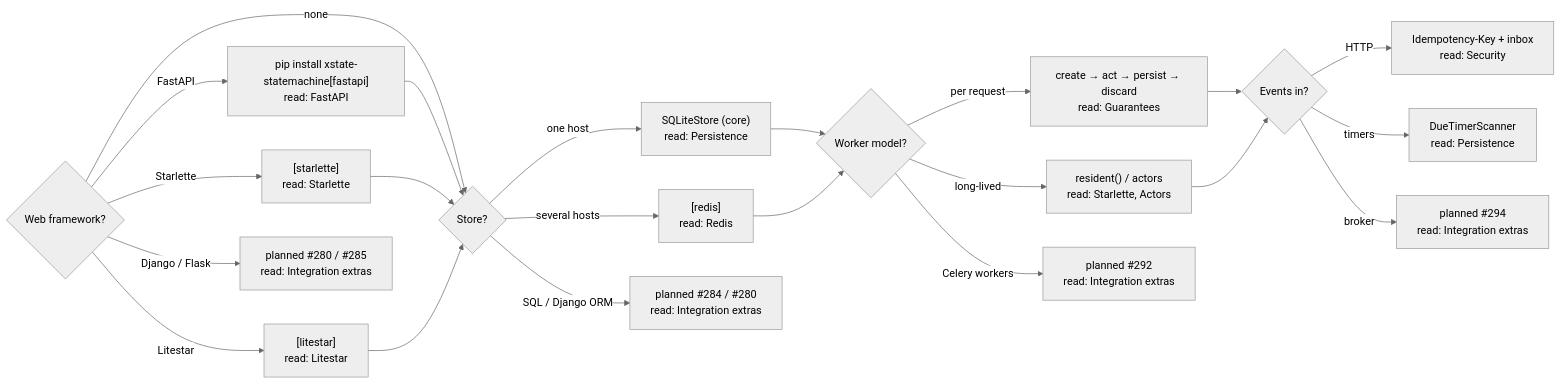
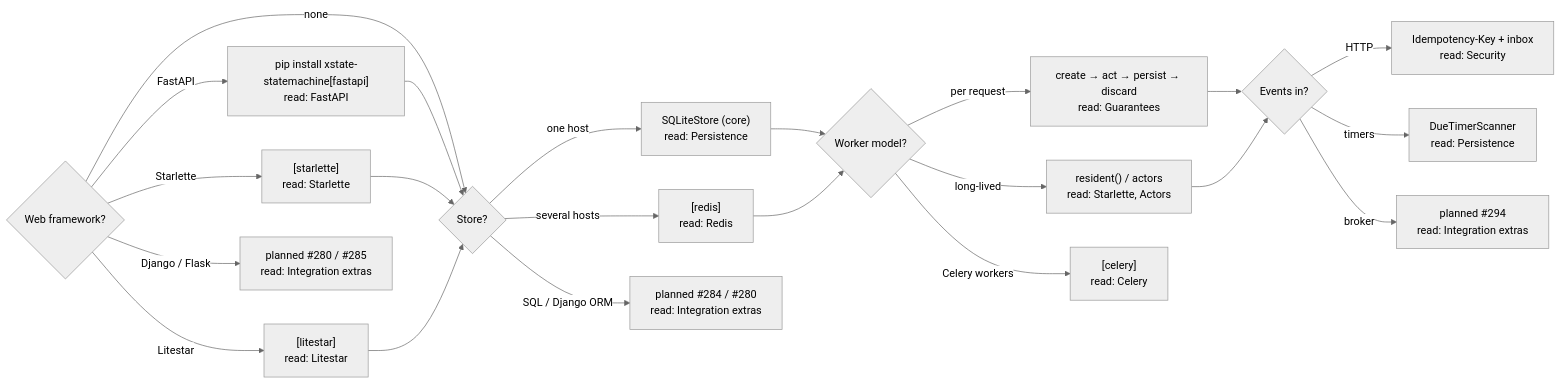
One commit to basiltt/xstate-statemachine changed the diagram in docs/_guide/integrations.md. Above: the diagram before and after it, drawn with Mermaid (neutral theme). The commit also changed other lines of this file and 13 other files, not shown here.

First line of the commit message:
chore(g7): wire brokers + celery into extras, entry points, CI, docs nav, changelog (#294, #292)

````diff
--- a/docs/_guide/integrations.md
+++ b/docs/_guide/integrations.md
@@ -16,28 +16,28 @@
 ```mermaid
 flowchart LR
     Q1{Web framework?}
     Q1 -->|FastAPI| FA["pip install xstate-statemachine[fastapi]<br/>read: FastAPI"]
     Q1 -->|Starlette| ST["[starlette]<br/>read: Starlette"]
     Q1 -->|Litestar| LS["[litestar]<br/>read: Litestar"]
     Q1 -->|Django / Flask| PL1["planned #280 / #285<br/>read: Integration extras"]
     Q1 -->|none| Q2
     FA --> Q2
     ST --> Q2
     LS --> Q2
     Q2{Store?}
     Q2 -->|one host| SQ["SQLiteStore (core)<br/>read: Persistence"]
     Q2 -->|several hosts| RD["[redis]<br/>read: Redis"]
     Q2 -->|SQL / Django ORM| PL2["planned #284 / #280<br/>read: Integration extras"]
     SQ --> Q3
     RD --> Q3
     Q3{Worker model?}
     Q3 -->|per request| ACT["create → act → persist → discard<br/>read: Guarantees"]
     Q3 -->|long-lived| RES["resident() / actors<br/>read: Starlette, Actors"]
-    Q3 -->|Celery workers| PL3["planned #292<br/>read: Integration extras"]
+    Q3 -->|Celery workers| PL3["[celery]<br/>read: Celery"]
     ACT --> Q4
     RES --> Q4
     Q4{Events in?}
     Q4 -->|HTTP| HT["Idempotency-Key + inbox<br/>read: Security"]
     Q4 -->|timers| TM["DueTimerScanner<br/>read: Persistence"]
     Q4 -->|broker| PL4["planned #294<br/>read: Integration extras"]
 ```
````
